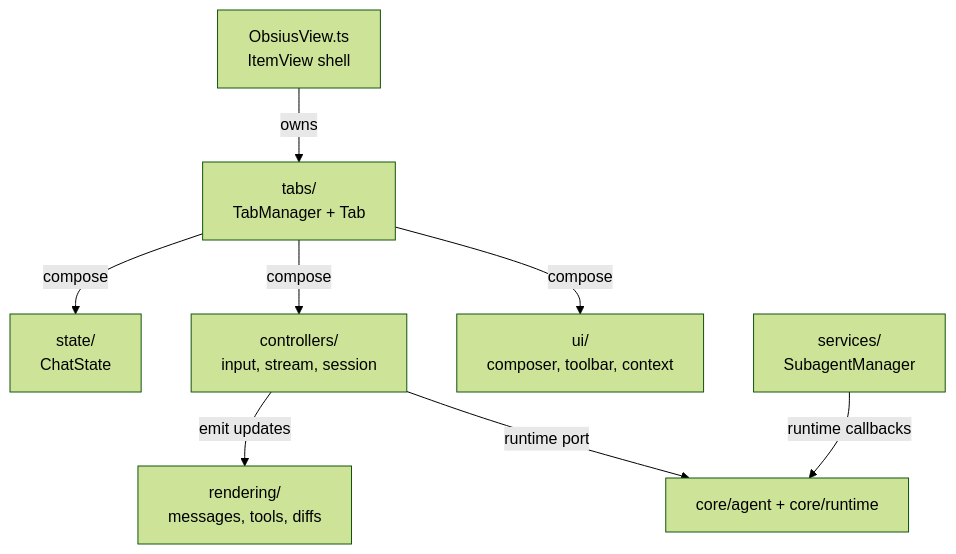
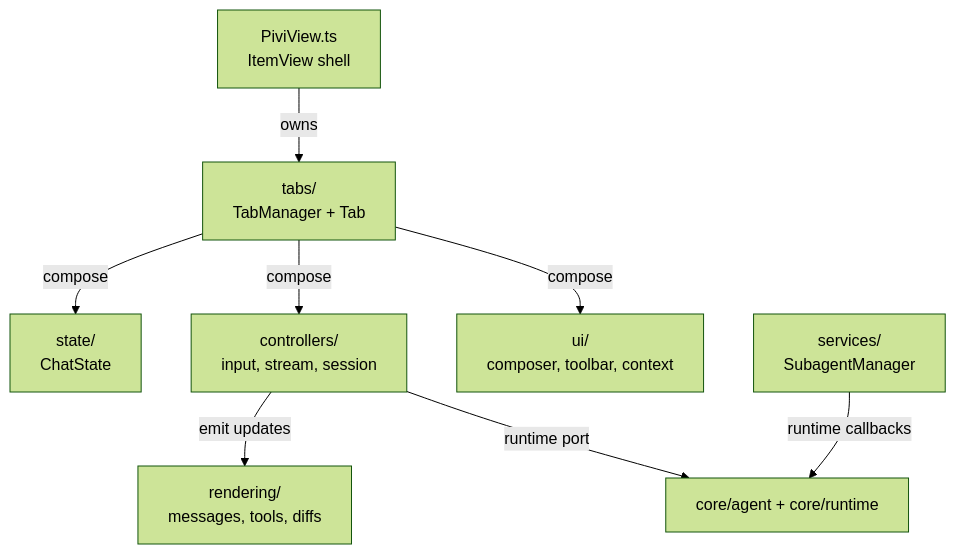
One commit to shuuul/obsidian-pivi changed the diagram in src/features/chat/AGENTS.md. Above: the diagram before and after it, drawn with Mermaid (forest theme). The commit also changed other lines of this file and 283 other files, not shown here.

First line of the commit message:
feat(plugin)!: rename Obsius to Pivi

````diff
--- a/src/features/chat/AGENTS.md
+++ b/src/features/chat/AGENTS.md
@@ -7,10 +7,10 @@
 ```mermaid
 flowchart TD
-  View["ObsiusView.ts<br/>ItemView shell"] -- "owns" --> Tabs["tabs/<br/>TabManager + Tab"]
+  View["PiviView.ts<br/>ItemView shell"] -- "owns" --> Tabs["tabs/<br/>TabManager + Tab"]
   Tabs -- "compose" --> State["state/<br/>ChatState"]
   Tabs -- "compose" --> Controllers["controllers/<br/>input, stream, session"]
   Tabs -- "compose" --> UI["ui/<br/>composer, toolbar, context"]
   Controllers -- "emit updates" --> Rendering["rendering/<br/>messages, tools, diffs"]
   Controllers -- "runtime port" --> Core["core/agent + core/runtime"]
   Services["services/<br/>SubagentManager"] -- "runtime callbacks" --> Core
 ```
````
